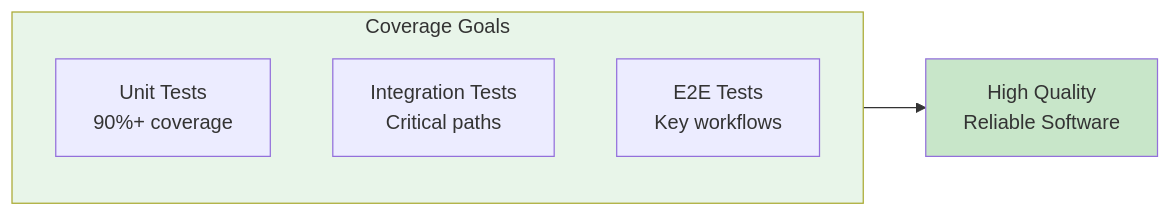
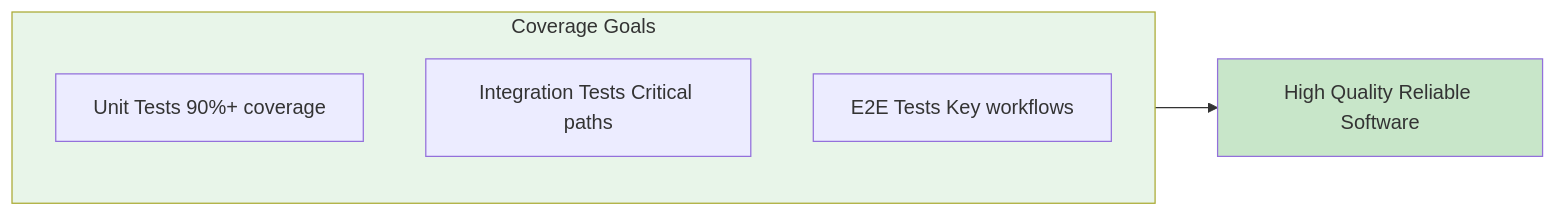
One commit to softwarewrighter/ui-test-rs changed diagram 11 of 15 in wiki/Testing-Strategy.md. Above: the diagram before and after it, drawn with Mermaid. The commit also changed other lines of this file and 10 other files, not shown here.

First line of the commit message:
Fix wiki Mermaid diagrams: remove <br/> tags

````diff
--- a/wiki/Testing-Strategy.md
+++ b/wiki/Testing-Strategy.md
@@ -417,15 +417,15 @@
 ```mermaid
 graph LR
     subgraph Goals["Coverage Goals"]
-        Unit[Unit Tests<br/>90%+ coverage]
-        Integration2[Integration Tests<br/>Critical paths]
-        E2E2[E2E Tests<br/>Key workflows]
+        Unit[Unit Tests 90%+ coverage]
+        Integration2[Integration Tests Critical paths]
+        E2E2[E2E Tests Key workflows]
     end
 
-    Quality[High Quality<br/>Reliable Software]
+    Quality[High Quality Reliable Software]
 
     Goals --> Quality
 
     style Goals fill:#e8f5e9
     style Quality fill:#c8e6c9
 ```
````
